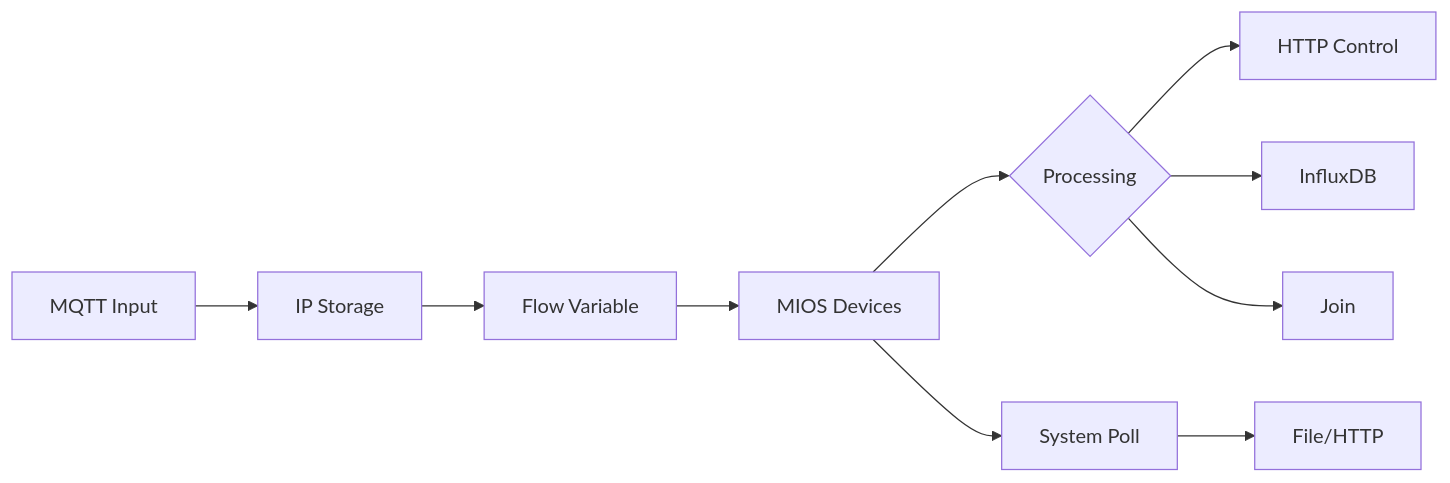
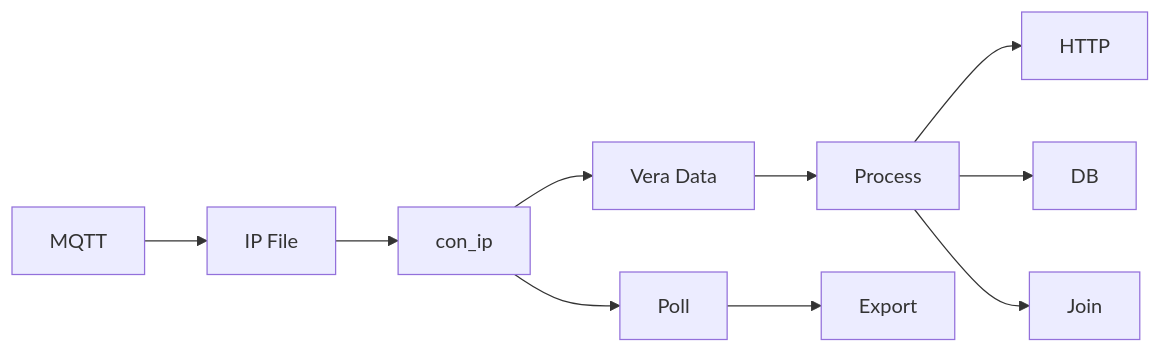
One commit to keenamateur/Homelab changed the diagram in readme.md. Above: the diagram before and after it, drawn with Mermaid.

````diff
--- a/readme.md
+++ b/readme.md
@@ -161,12 +162,12 @@
 ```mermaid
 graph LR
-    A[MQTT Input] --> B[IP Storage]
-    B --> C[Flow Variable]
-    C --> D[MIOS Devices]
-    D --> E{Processing}
-    E --> F[HTTP Control]
-    E --> G[InfluxDB]
+    A[MQTT] --> B[IP File]
+    B --> C[con_ip]
+    C --> D[Vera Data]
+    D --> E[Process]
+    E --> F[HTTP]
+    E --> G[DB]
     E --> H[Join]
-    D --> I[System Poll]
-    I --> J[File/HTTP]
+    C --> I[Poll]
+    I --> J[Export]
 ```
````
